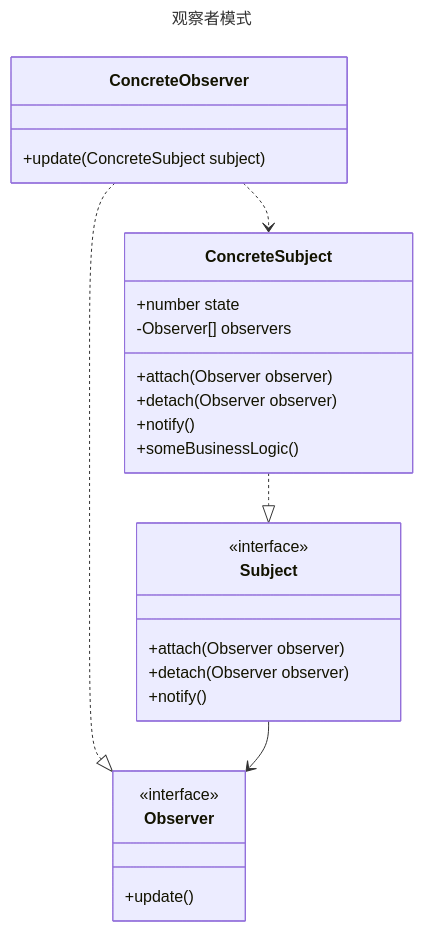
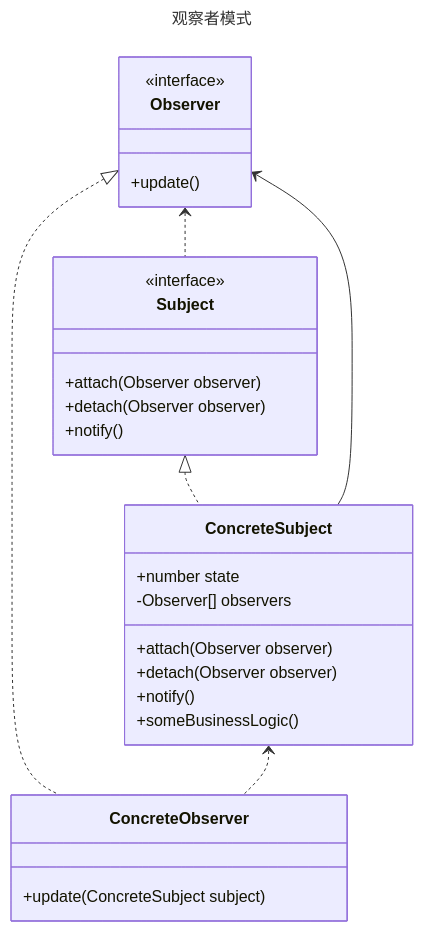
Before and after one commit to fengyun89/typescript-design-patterns: the diagram in observer/README.md, drawn with Mermaid. The commit also changed 22 other files, not shown here.

Commit message:
行为型模式类图

````diff
--- a/observer/README.md
+++ b/observer/README.md
@@ -1,31 +1,32 @@
 ```mermaid
 ---
 title: 观察者模式
 ---
 classDiagram
     class Observer{
         <<interface>>
         +update()
     }
     class ConcreteObserver {
         +update(ConcreteSubject subject)
     }
     class Subject{
         <<interface>>
         +attach(Observer observer)
         +detach(Observer observer)
         +notify()
     }
     class ConcreteSubject {
         +number state
         -Observer[] observers
         +attach(Observer observer)
         +detach(Observer observer)
         +notify()
         +someBusinessLogic()
     }
-    ConcreteObserver ..|> Observer
-    ConcreteSubject ..|> Subject
-    Subject --> Observer
-    ConcreteObserver ..> ConcreteSubject
+    Observer <|.. ConcreteObserver 
+    Subject <|.. ConcreteSubject 
+    Observer <.. Subject 
+    ConcreteSubject <.. ConcreteObserver 
+    Observer <-- ConcreteSubject
 ```
````
